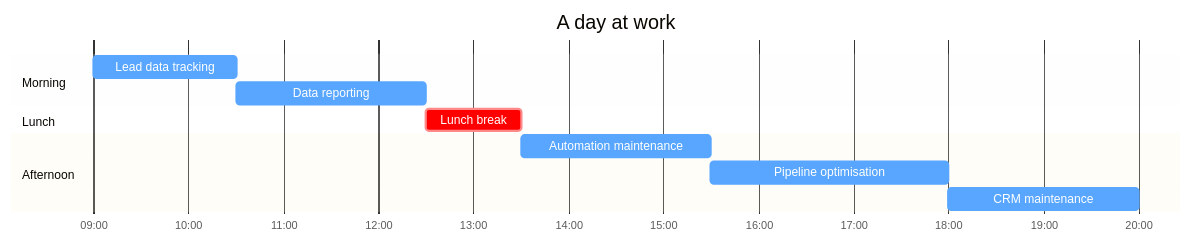
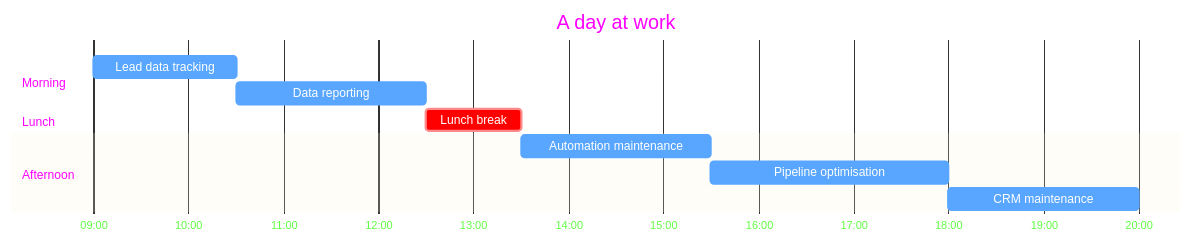
One commit to lombazz/lombazz changed the diagram in README.md. Above: the diagram before and after it, drawn with Mermaid.

Commit message:
Gantt: neon green section + axis labels, magenta title

````diff
--- a/README.md
+++ b/README.md
@@ -63,19 +63,31 @@
 ```mermaid
-%%{init: {'theme':'base','themeVariables':{'taskBkgColor':'#58a6ff','taskBorderColor':'#58a6ff','taskTextColor':'#ffffff','taskTextLightColor':'#ffffff','taskTextOutsideColor':'#c9d1d9'}}}%%
+%%{init: {'theme':'base','themeVariables':{
+  'taskBkgColor':'#58a6ff',
+  'taskBorderColor':'#58a6ff',
+  'taskTextColor':'#ffffff',
+  'taskTextLightColor':'#ffffff',
+  'taskTextOutsideColor':'#39FF14',
+  'textColor':'#39FF14',
+  'titleColor':'#FF00FF',
+  'sectionBkgColor':'transparent',
+  'altSectionBkgColor':'transparent',
+  'gridColor':'#39FF14',
+  'tickColor':'#39FF14'
+}}}%%
 gantt
   title A day at work
   dateFormat HH:mm
   axisFormat %H:%M
 
   section Morning
     Lead data tracking      :09:00, 90m
     Data reporting          :10:30, 120m
 
   section Lunch
     Lunch break             :crit, 12:30, 60m
 
   section Afternoon
     Automation maintenance  :13:30, 120m
     Pipeline optimisation   :15:30, 150m
     CRM maintenance         :18:00, 120m
 ```
````
